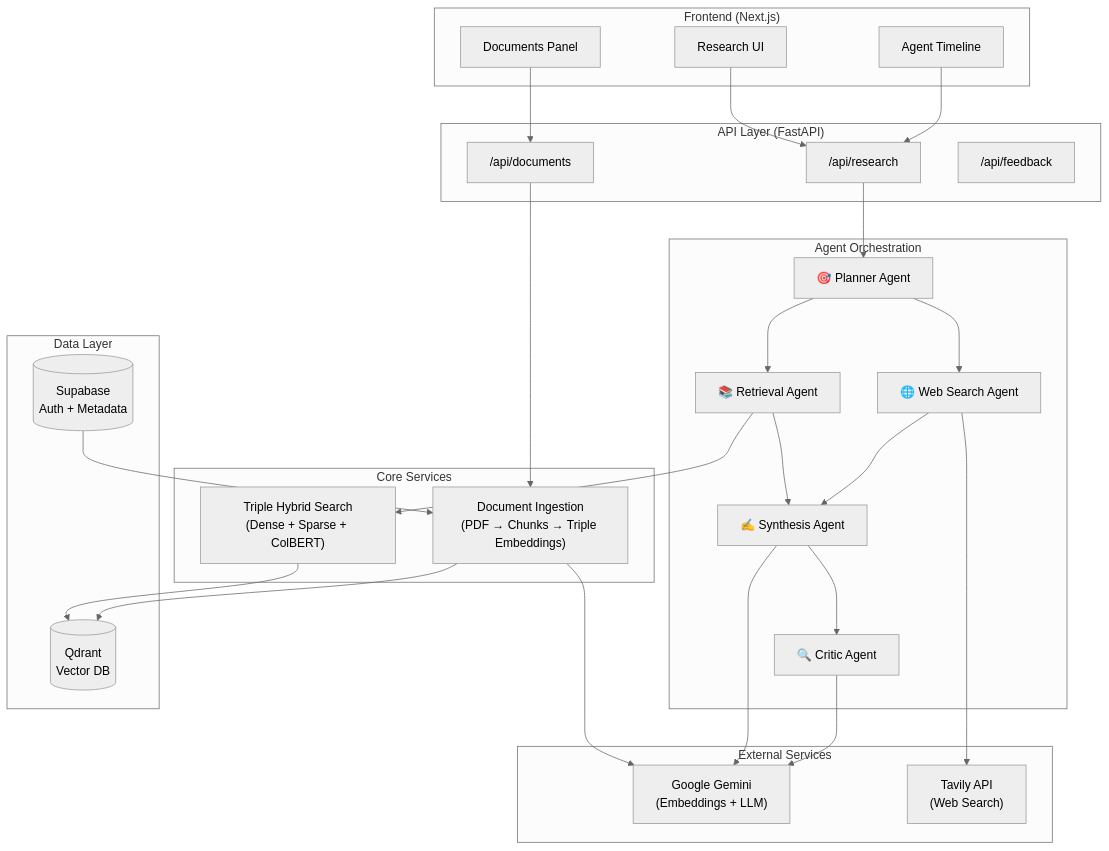
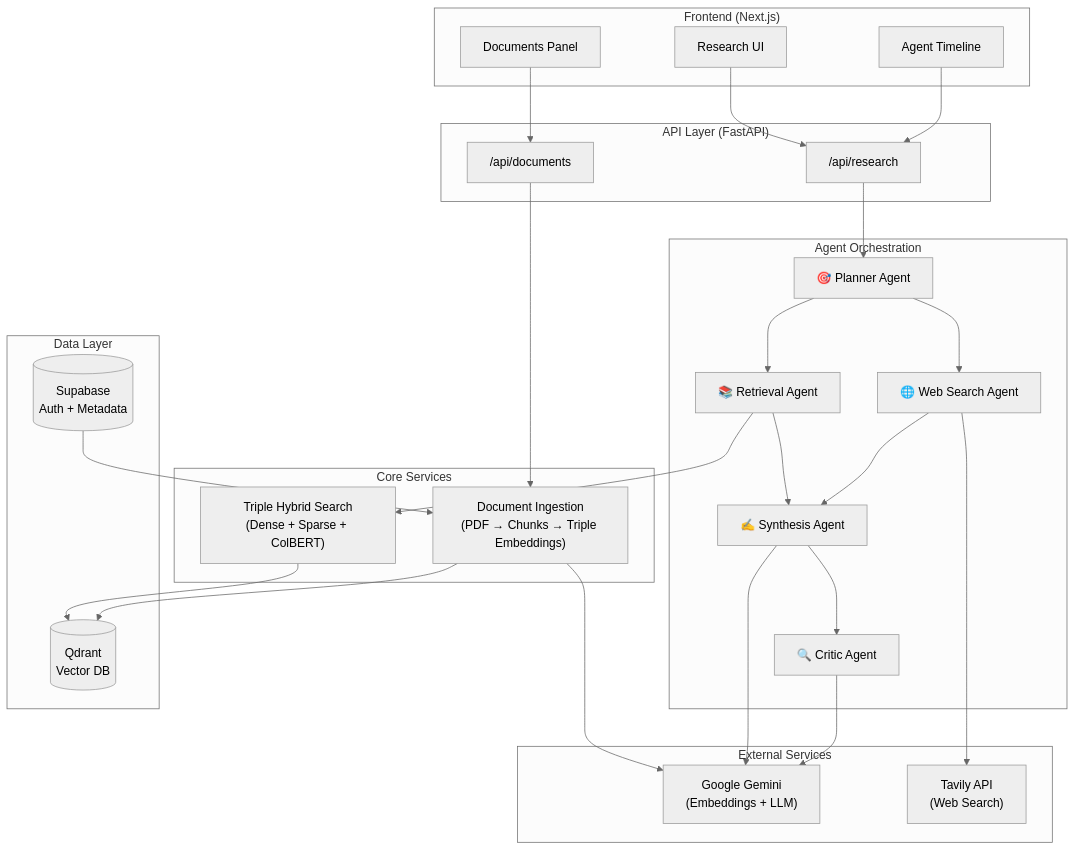
Before and after one commit to thornxyz/revera: the diagram in README.md, drawn with Mermaid (neutral theme). The commit also changed other lines of this file and 8 other files, not shown here.

````diff
--- a/README.md
+++ b/README.md
@@ -7,60 +7,59 @@
 ```mermaid
 flowchart TB
     subgraph Frontend["Frontend (Next.js)"]
         UI[Research UI]
         Timeline[Agent Timeline]
         DocPanel[Documents Panel]
     end
 
     subgraph API["API Layer (FastAPI)"]
         Research["/api/research"]
         Documents["/api/documents"]
-        Feedback["/api/feedback"]
     end
 
     subgraph Orchestrator["Agent Orchestration"]
         Planner["🎯 Planner Agent"]
         Retrieval["📚 Retrieval Agent"]
         WebSearch["🌐 Web Search Agent"]
         Synthesis["✍️ Synthesis Agent"]
         Critic["🔍 Critic Agent"]
     end
 
     subgraph Services["Core Services"]
         Ingestion["Document Ingestion<br/>(PDF → Chunks → Triple Embeddings)"]
         HybridSearch["Triple Hybrid Search<br/>(Dense + Sparse + ColBERT)"]
     end
 
     subgraph External["External Services"]
         Gemini["Google Gemini<br/>(Embeddings + LLM)"]
         Tavily["Tavily API<br/>(Web Search)"]
     end
 
     subgraph Data["Data Layer"]
         Supabase[(Supabase<br/>Auth + Metadata)]
         Qdrant[(Qdrant<br/>Vector DB)]
     end
 
     UI --> Research
     DocPanel --> Documents
     Timeline --> Research
     
     Research --> Planner
     Documents --> Ingestion
     
     Planner --> Retrieval
     Planner --> WebSearch
     Retrieval --> HybridSearch
     WebSearch --> Tavily
     Retrieval --> Synthesis
     WebSearch --> Synthesis
     Synthesis --> Critic
     
     HybridSearch --> Qdrant
     Ingestion --> Gemini
     Ingestion --> Qdrant
     Synthesis --> Gemini
     Critic --> Gemini
     
     Supabase --> Ingestion
 ```
````
